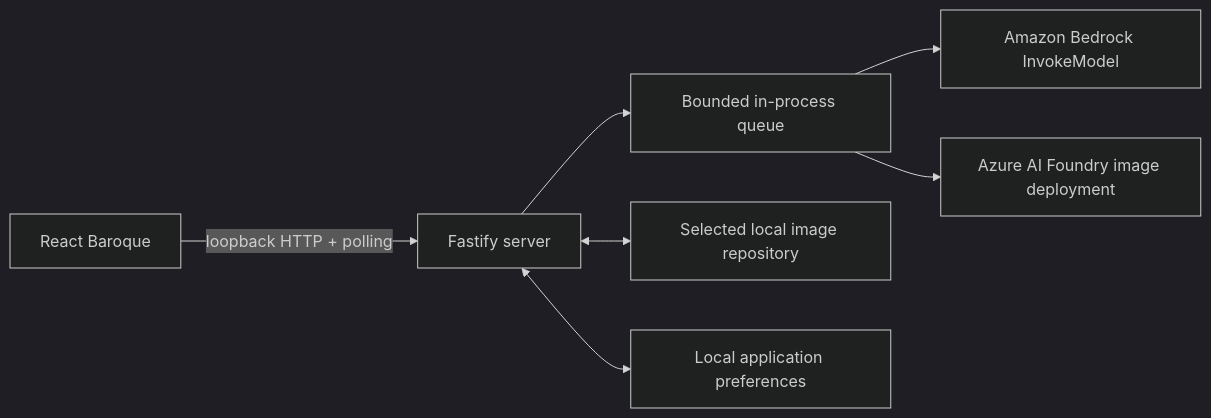
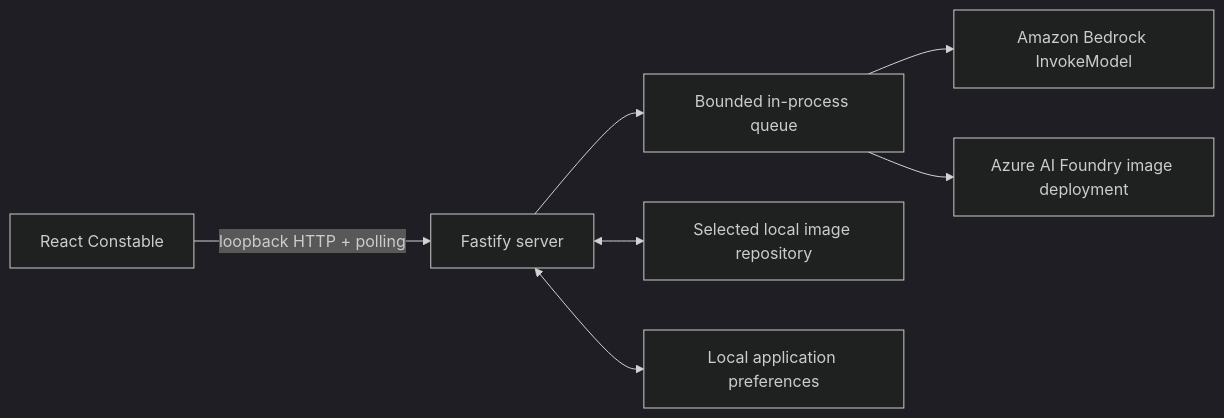
The diagram in docs/architecture.md (harryyuncheng/ImageGenerationHarness), drawn with Mermaid (dark theme) before and after one commit. The commit also changed other lines of this file and 143 other files, not shown here.

````diff
--- a/docs/architecture.md
+++ b/docs/architecture.md
@@ -3,9 +3,9 @@
 ```mermaid
 flowchart LR
-    Browser[React Baroque] -->|loopback HTTP + polling| Fastify[Fastify server]
+    Browser[React Constable] -->|loopback HTTP + polling| Fastify[Fastify server]
     Fastify --> Queue[Bounded in-process queue]
     Queue --> Bedrock[Amazon Bedrock InvokeModel]
     Queue --> Foundry[Azure AI Foundry image deployment]
     Fastify <--> Repository[Selected local image repository]
     Fastify <--> Preferences[Local application preferences]
 ```
````
